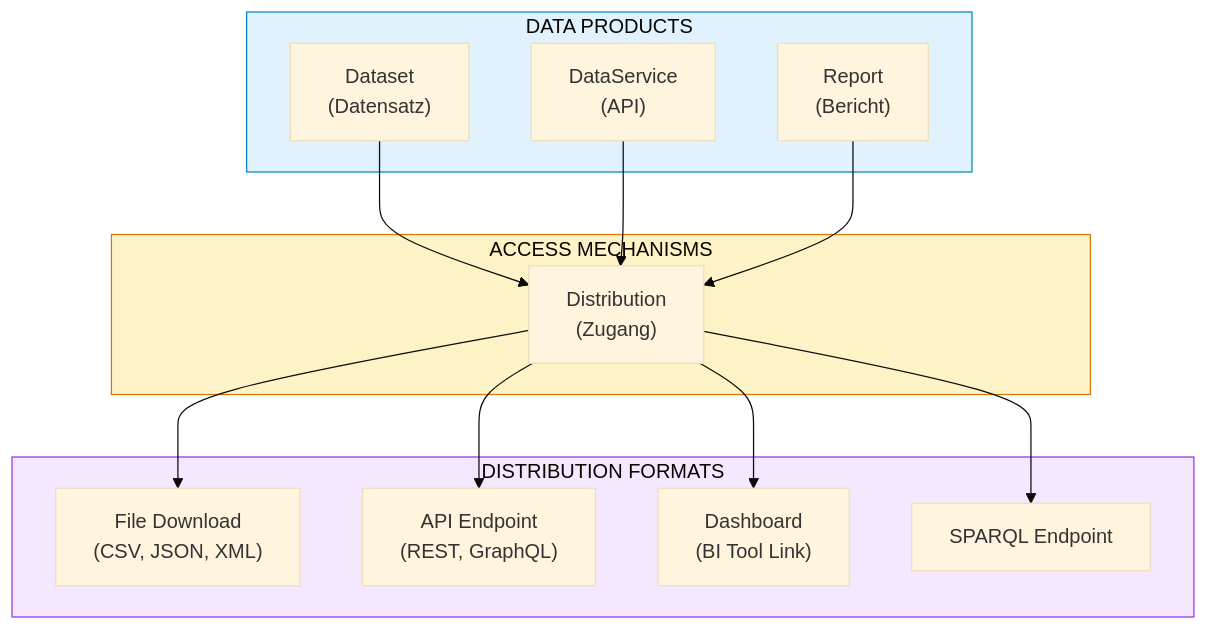
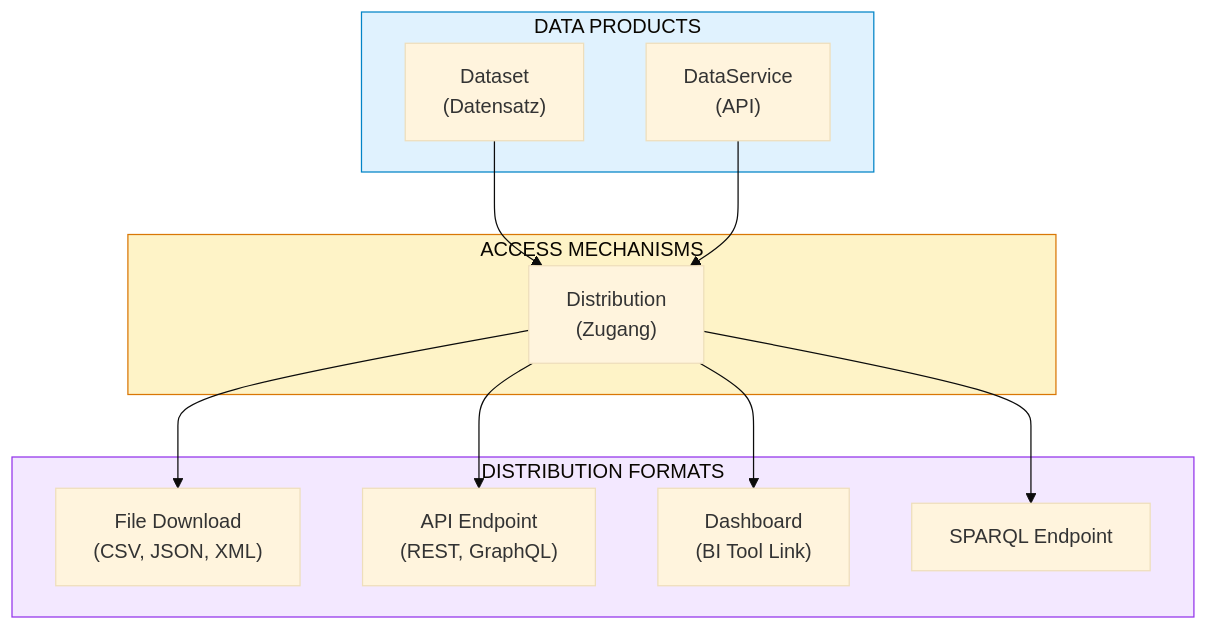
Before and after one commit to davras5/meta-atlas: the third of 4 diagrams in documentation/DATABASE.md, drawn with Mermaid (base theme). The commit also changed other lines of this file, not shown here.

````diff
--- a/documentation/DATABASE.md
+++ b/documentation/DATABASE.md
@@ -424,32 +452,30 @@
 ```mermaid
 flowchart TB
     subgraph DataProducts["DATA PRODUCTS"]
         Dataset["Dataset<br/>(Datensatz)"]
         DataService["DataService<br/>(API)"]
-        Report["Report<br/>(Bericht)"]
     end
 
     subgraph Access["ACCESS MECHANISMS"]
         Distribution["Distribution<br/>(Zugang)"]
     end
 
     subgraph Formats["DISTRIBUTION FORMATS"]
         File["File Download<br/>(CSV, JSON, XML)"]
         API["API Endpoint<br/>(REST, GraphQL)"]
         Dashboard["Dashboard<br/>(BI Tool Link)"]
         SPARQL["SPARQL Endpoint"]
     end
 
     Dataset --> Distribution
     DataService --> Distribution
-    Report --> Distribution
 
     Distribution --> File
     Distribution --> API
     Distribution --> Dashboard
     Distribution --> SPARQL
 
     style DataProducts fill:#e0f2fe,stroke:#0284c7
     style Access fill:#fef3c7,stroke:#d97706
     style Formats fill:#f3e8ff,stroke:#9333ea
 ```
````
